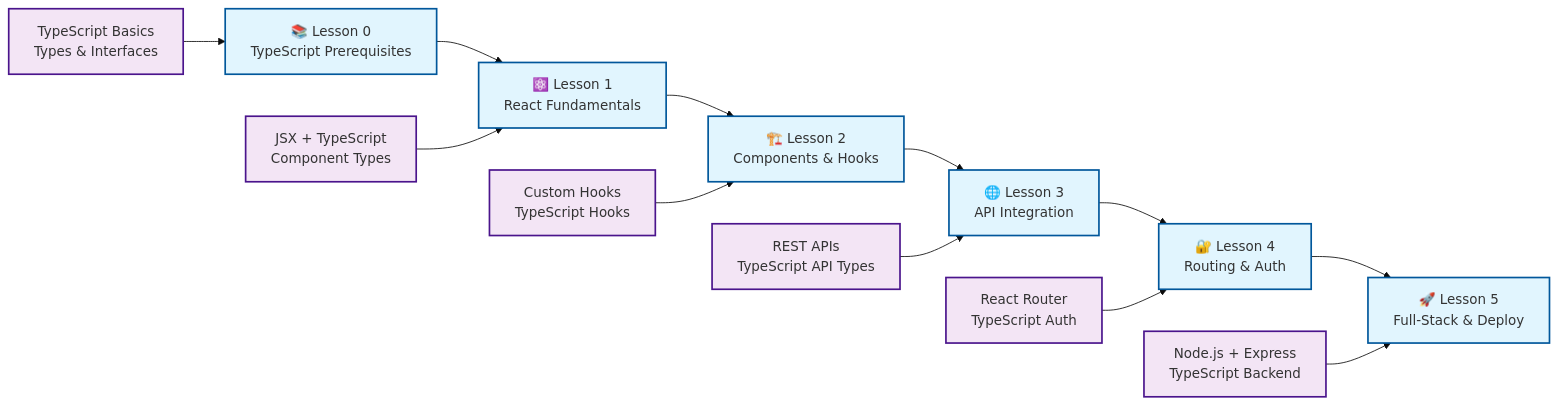
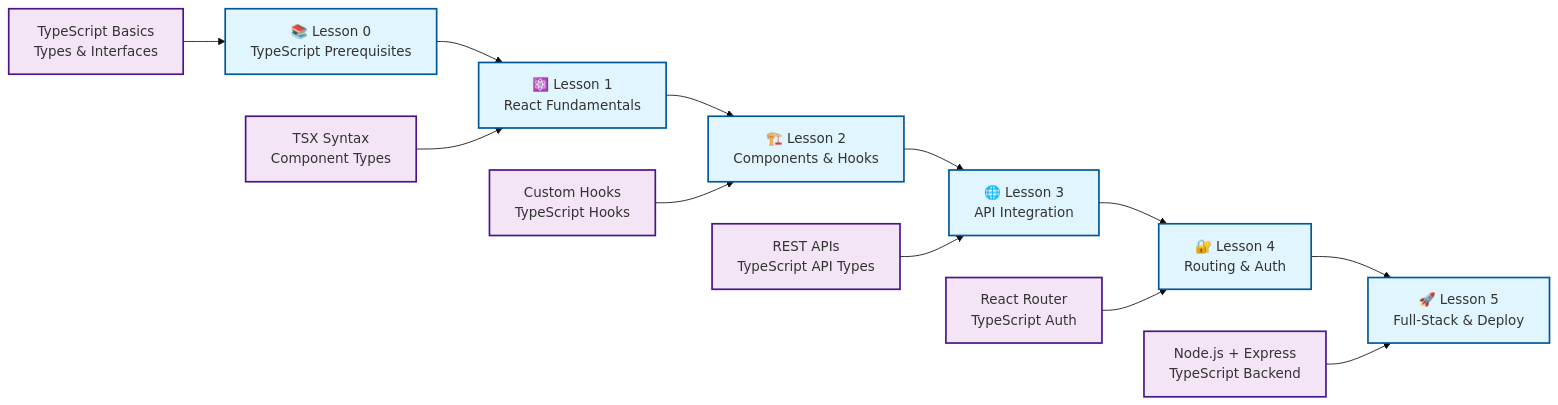
One commit to longndt/react-course changed the fourth of 6 diagrams in diagrams/course_structure_diagram.md. Above: the diagram before and after it, drawn with Mermaid (base theme). The commit also changed other lines of this file and 143 other files, not shown here.

````diff
--- a/diagrams/course_structure_diagram.md
+++ b/diagrams/course_structure_diagram.md
@@ -114,22 +114,22 @@
 ```mermaid
 graph LR
     A[📚 Lesson 0<br/>TypeScript Prerequisites] --> B[⚛️ Lesson 1<br/>React Fundamentals]
     B --> C[🏗️ Lesson 2<br/>Components & Hooks]
     C --> D[🌐 Lesson 3<br/>API Integration]
     D --> E[🔐 Lesson 4<br/>Routing & Auth]
     E --> F[🚀 Lesson 5<br/>Full-Stack & Deploy]
 
     A1[TypeScript Basics<br/>Types & Interfaces] --> A
-    B1[JSX + TypeScript<br/>Component Types] --> B
+    B1[TSX Syntax<br/>Component Types] --> B
     C1[Custom Hooks<br/>TypeScript Hooks] --> C
     D1[REST APIs<br/>TypeScript API Types] --> D
     E1[React Router<br/>TypeScript Auth] --> E
     F1[Node.js + Express<br/>TypeScript Backend] --> F
 
     %% Styling
     classDef lesson fill:#e1f5fe,stroke:#01579b,stroke-width:2px
     classDef skills fill:#f3e5f5,stroke:#4a148c,stroke-width:2px
 
     class A,B,C,D,E,F lesson
     class A1,B1,C1,D1,E1,F1 skills
 ```
````
